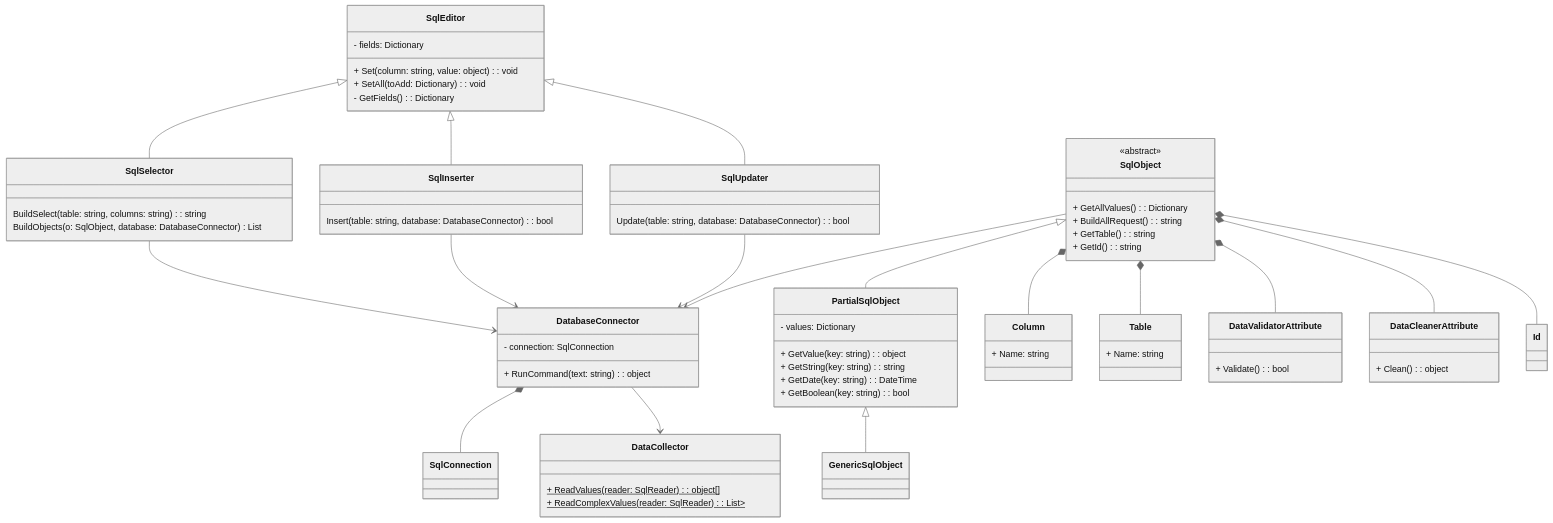
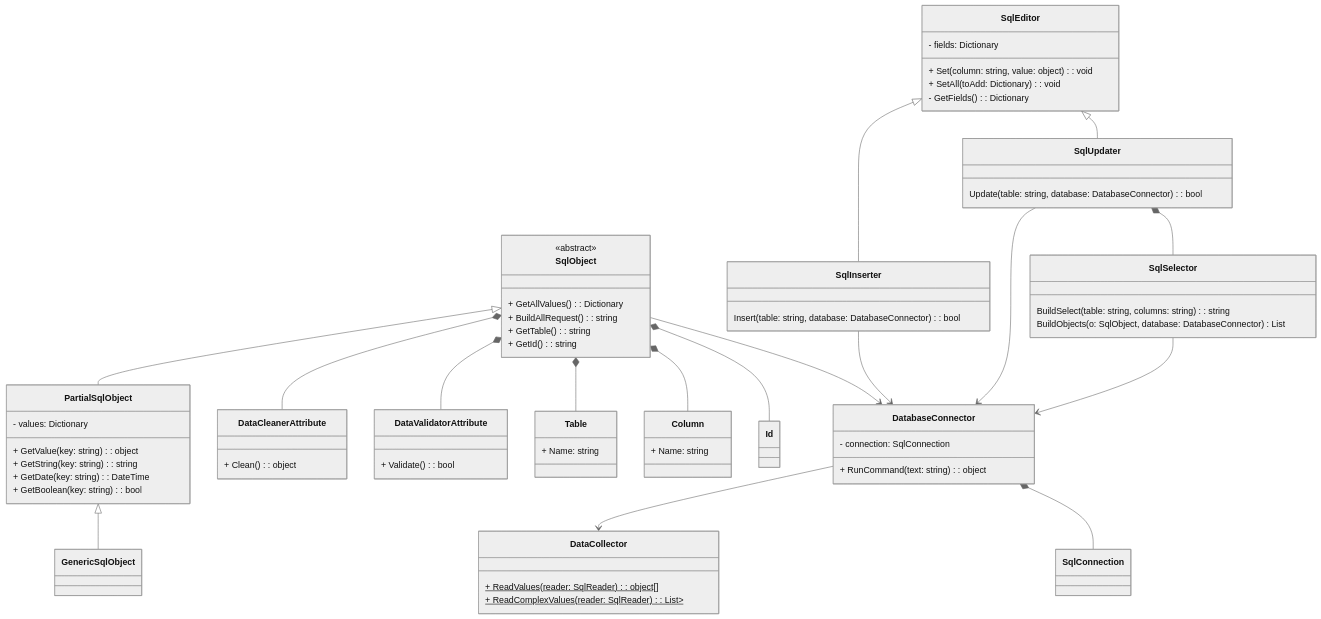
One commit to POeticPotatoes/Truffle changed the diagram in README.md. Above: the diagram before and after it, drawn with Mermaid (neutral theme). The commit also changed other lines of this file and 3 other files, not shown here.

Commit message:
Remove unused imports and update class diagram

```diff
--- a/README.md
+++ b/README.md
@@ -137,7 +137,7 @@
 PartialSqlObject <|-- GenericSqlObject
 SqlEditor <|-- SqlUpdater
 SqlEditor <|-- SqlInserter
-SqlEditor <|-- SqlSelector
+SqlUpdater *-- SqlSelector
 SqlUpdater --> DatabaseConnector
 SqlInserter --> DatabaseConnector
 SqlSelector --> DatabaseConnector
```
